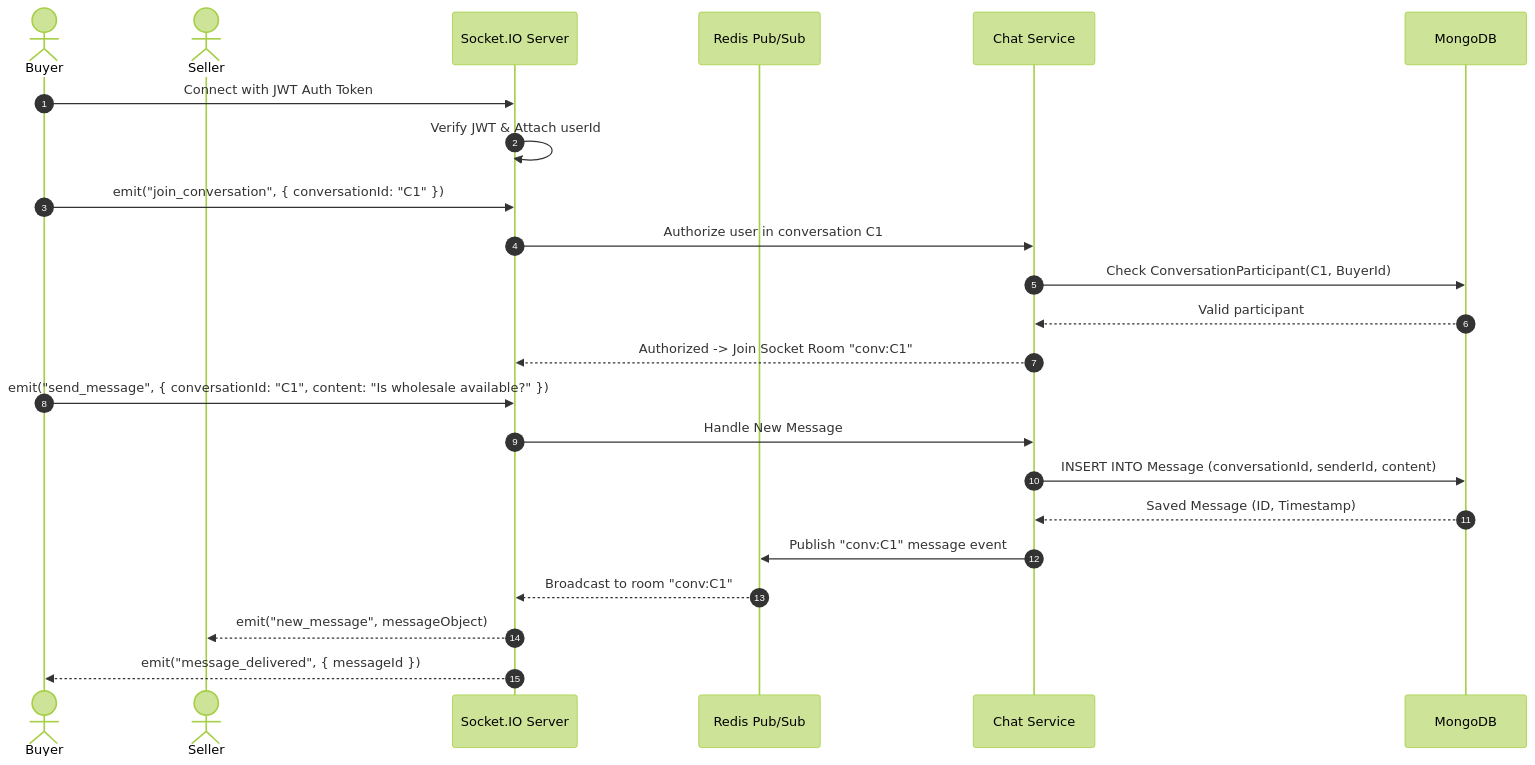
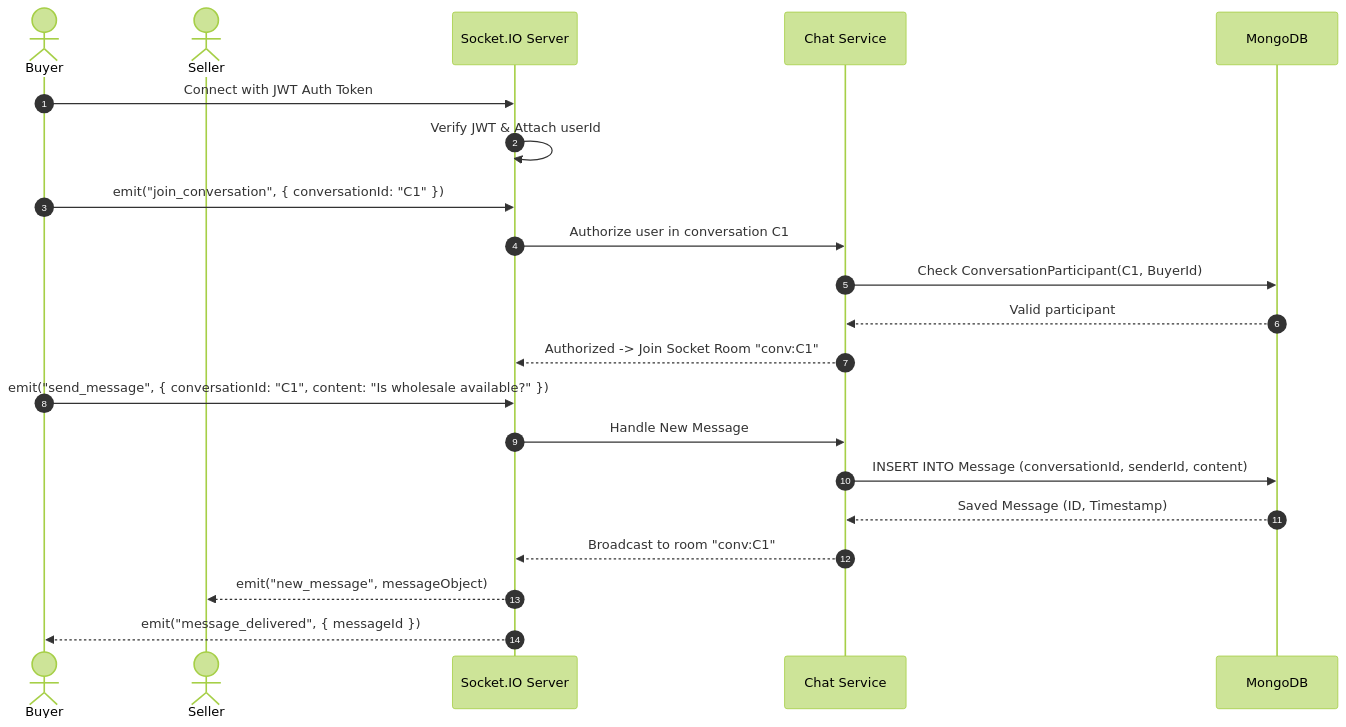
One commit to Notookk/Haat changed the sixth of 8 diagrams in planning/PRD.md. Above: the diagram before and after it, drawn with Mermaid (forest theme). The commit also changed other lines of this file and 486 other files, not shown here.

Commit message:
feat: add admin backend and frontend services with modular architecture

````diff
--- a/planning/PRD.md
+++ b/planning/PRD.md
@@ -763,27 +766,25 @@
 ```mermaid
 sequenceDiagram
     autonumber
     actor Buyer
     actor Seller
     participant Gateway as Socket.IO Server
-    participant Redis as Redis Pub/Sub
     participant Service as Chat Service
     participant DB as MongoDB
 
     Buyer->>Gateway: Connect with JWT Auth Token
     Gateway->>Gateway: Verify JWT & Attach userId
     Buyer->>Gateway: emit("join_conversation", { conversationId: "C1" })
     Gateway->>Service: Authorize user in conversation C1
     Service->>DB: Check ConversationParticipant(C1, BuyerId)
     DB-->>Service: Valid participant
     Service-->>Gateway: Authorized -> Join Socket Room "conv:C1"
 
     Buyer->>Gateway: emit("send_message", { conversationId: "C1", content: "Is wholesale available?" })
     Gateway->>Service: Handle New Message
     Service->>DB: INSERT INTO Message (conversationId, senderId, content)
     DB-->>Service: Saved Message (ID, Timestamp)
-    Service->>Redis: Publish "conv:C1" message event
-    Redis-->>Gateway: Broadcast to room "conv:C1"
+    Service-->>Gateway: Broadcast to room "conv:C1"
     Gateway-->>Seller: emit("new_message", messageObject)
     Gateway-->>Buyer: emit("message_delivered", { messageId })
 ```
````
